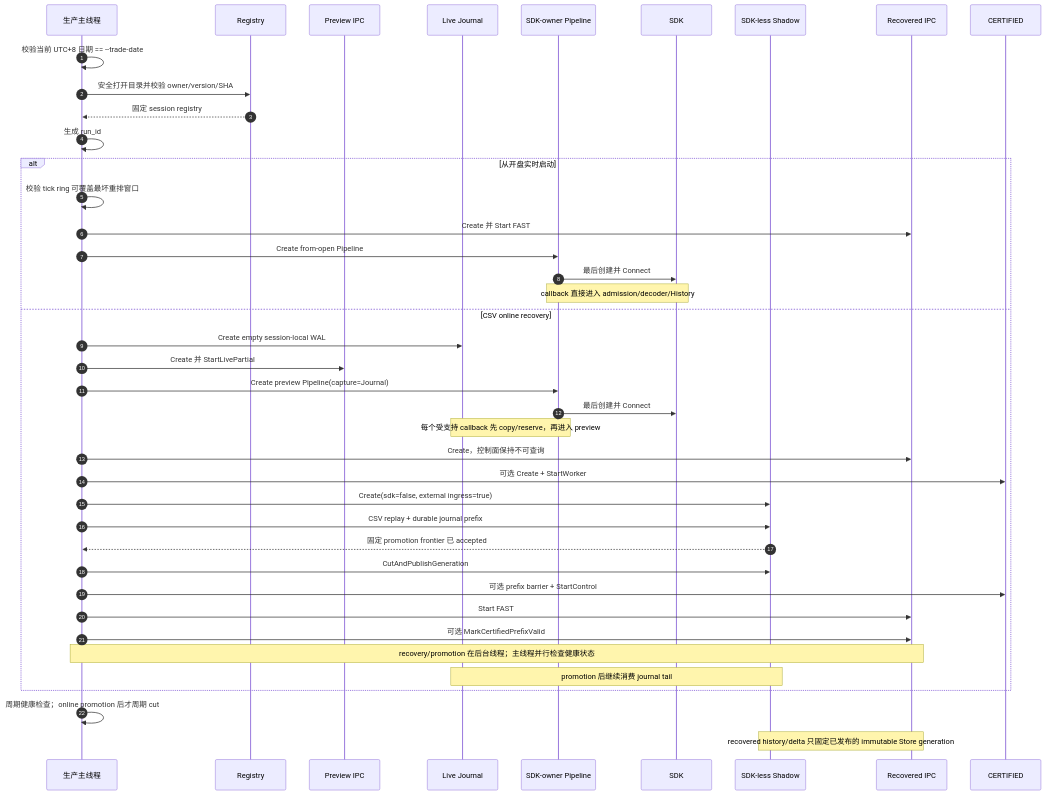
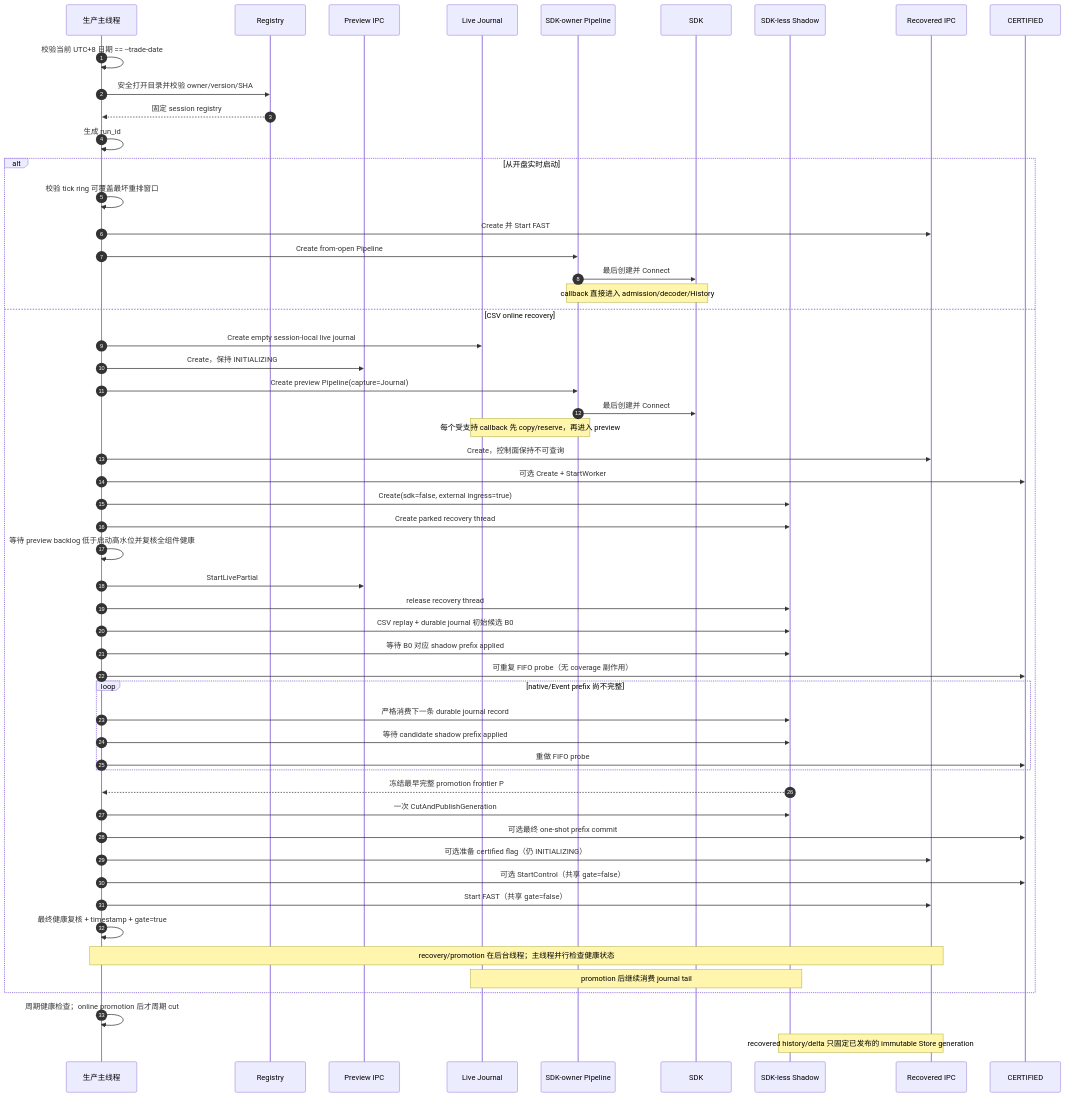
Before and after one commit to Suncol/L2Flow: the second of 12 diagrams in docs/current-branch-flow-processing-architecture.md, drawn with Mermaid. The commit also changed other lines of this file and 74 other files, not shown here.

First line of the commit message:
feat(realtime)!: harden online recovery and Event history

````diff
--- a/docs/current-branch-flow-processing-architecture.md
+++ b/docs/current-branch-flow-processing-architecture.md
@@ -224,44 +240,57 @@
 ```mermaid
 sequenceDiagram
     autonumber
     participant Main as 生产主线程
     participant Reg as Registry
     participant Preview as Preview IPC
     participant Journal as Live Journal
     participant Live as SDK-owner Pipeline
     participant Sdk as SDK
     participant Shadow as SDK-less Shadow
     participant Recovered as Recovered IPC
     participant Certified as CERTIFIED
 
     Main->>Main: 校验当前 UTC+8 日期 == --trade-date
     Main->>Reg: 安全打开目录并校验 owner/version/SHA
     Reg-->>Main: 固定 session registry
     Main->>Main: 生成 run_id
     alt 从开盘实时启动
         Main->>Main: 校验 tick ring 可覆盖最坏重排窗口
         Main->>Recovered: Create 并 Start FAST
         Main->>Live: Create from-open Pipeline
         Live->>Sdk: 最后创建并 Connect
         Note over Live,Sdk: callback 直接进入 admission/decoder/History
     else CSV online recovery
-        Main->>Journal: Create empty session-local WAL
-        Main->>Preview: Create 并 StartLivePartial
+        Main->>Journal: Create empty session-local live journal
+        Main->>Preview: Create，保持 INITIALIZING
         Main->>Live: Create preview Pipeline(capture=Journal)
         Live->>Sdk: 最后创建并 Connect
         Note over Live,Journal: 每个受支持 callback 先 copy/reserve，再进入 preview
         Main->>Recovered: Create，控制面保持不可查询
         Main->>Certified: 可选 Create + StartWorker
         Main->>Shadow: Create(sdk=false, external ingress=true)
-        Main->>Shadow: CSV replay + durable journal prefix
-        Shadow-->>Main: 固定 promotion frontier 已 accepted
-        Main->>Shadow: CutAndPublishGeneration
-        Main->>Certified: 可选 prefix barrier + StartControl
-        Main->>Recovered: Start FAST
-        Main->>Recovered: 可选 MarkCertifiedPrefixValid
+        Main->>Shadow: Create parked recovery thread
+        Main->>Main: 等待 preview backlog 低于启动高水位并复核全组件健康
+        Main->>Preview: StartLivePartial
+        Main->>Shadow: release recovery thread
+        Main->>Shadow: CSV replay + durable journal 初始候选 B0
+        Main->>Shadow: 等待 B0 对应 shadow prefix applied
+        Main->>Certified: 可重复 FIFO probe（无 coverage 副作用）
+        loop native/Event prefix 尚不完整
+            Main->>Shadow: 严格消费下一条 durable journal record
+            Main->>Shadow: 等待 candidate shadow prefix applied
+            Main->>Certified: 重做 FIFO probe
+        end
+        Shadow-->>Main: 冻结最早完整 promotion frontier P
+        Main->>Shadow: 一次 CutAndPublishGeneration
+        Main->>Certified: 可选最终 one-shot prefix commit
+        Main->>Recovered: 可选准备 certified flag（仍 INITIALIZING）
+        Main->>Certified: 可选 StartControl（共享 gate=false）
+        Main->>Recovered: Start FAST（共享 gate=false）
+        Main->>Main: 最终健康复核 + timestamp + gate=true
         Note over Main,Recovered: recovery/promotion 在后台线程；主线程并行检查健康状态
         Note over Journal,Shadow: promotion 后继续消费 journal tail
     end
     Main->>Main: 周期健康检查；online promotion 后才周期 cut
     Note over Shadow,Recovered: recovered history/delta 只固定已发布的 immutable Store generation
 ```
````
